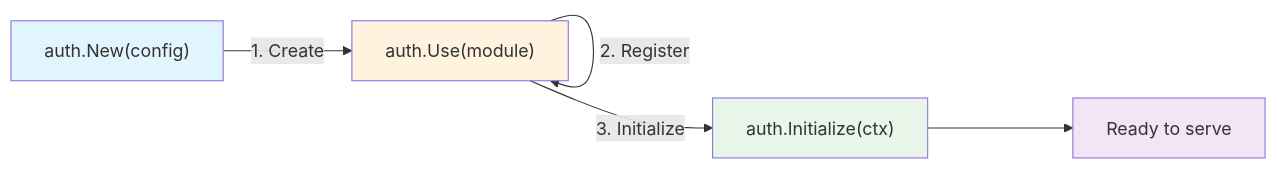
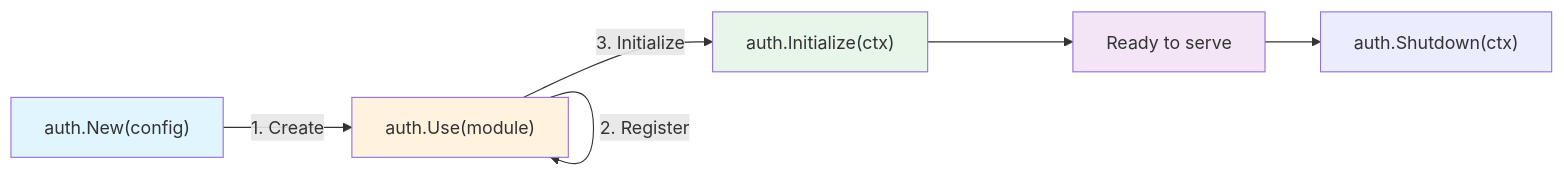
The first of 7 diagrams in docs/docs/architecture.md (bete7512/goauth), drawn with Mermaid before and after one commit. The commit also changed other lines of this file and 346 other files, not shown here.

First line of the commit message:
Refactor two-factor authentication and invitation tests; enhance OAuth flow handling

````diff
--- a/docs/docs/architecture.md
+++ b/docs/docs/architecture.md
@@ -93,12 +31,12 @@
 ```mermaid
 graph LR
     A["auth.New(config)"] -->|1. Create| B["auth.Use(module)"]
     B -->|2. Register| B
     B -->|3. Initialize| C["auth.Initialize(ctx)"]
     C --> D["Ready to serve"]
-
+    D --> E["auth.Shutdown(ctx)"]
     style A fill:#e1f5fe
     style B fill:#fff3e0
     style C fill:#e8f5e9
     style D fill:#f3e5f5
 ```
````
